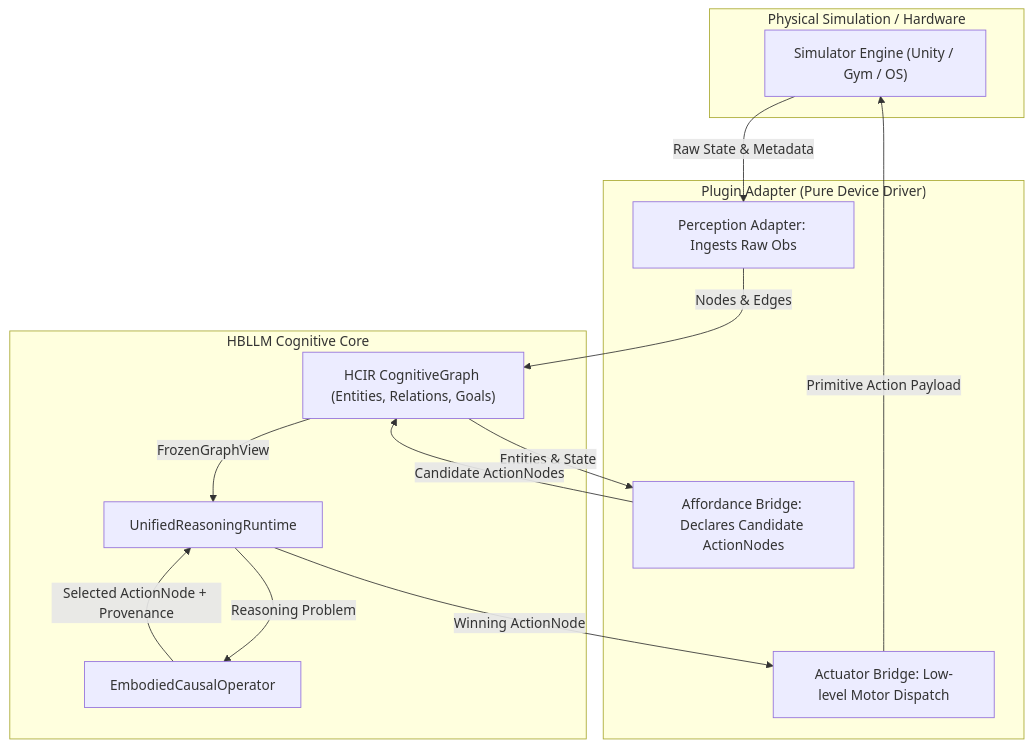
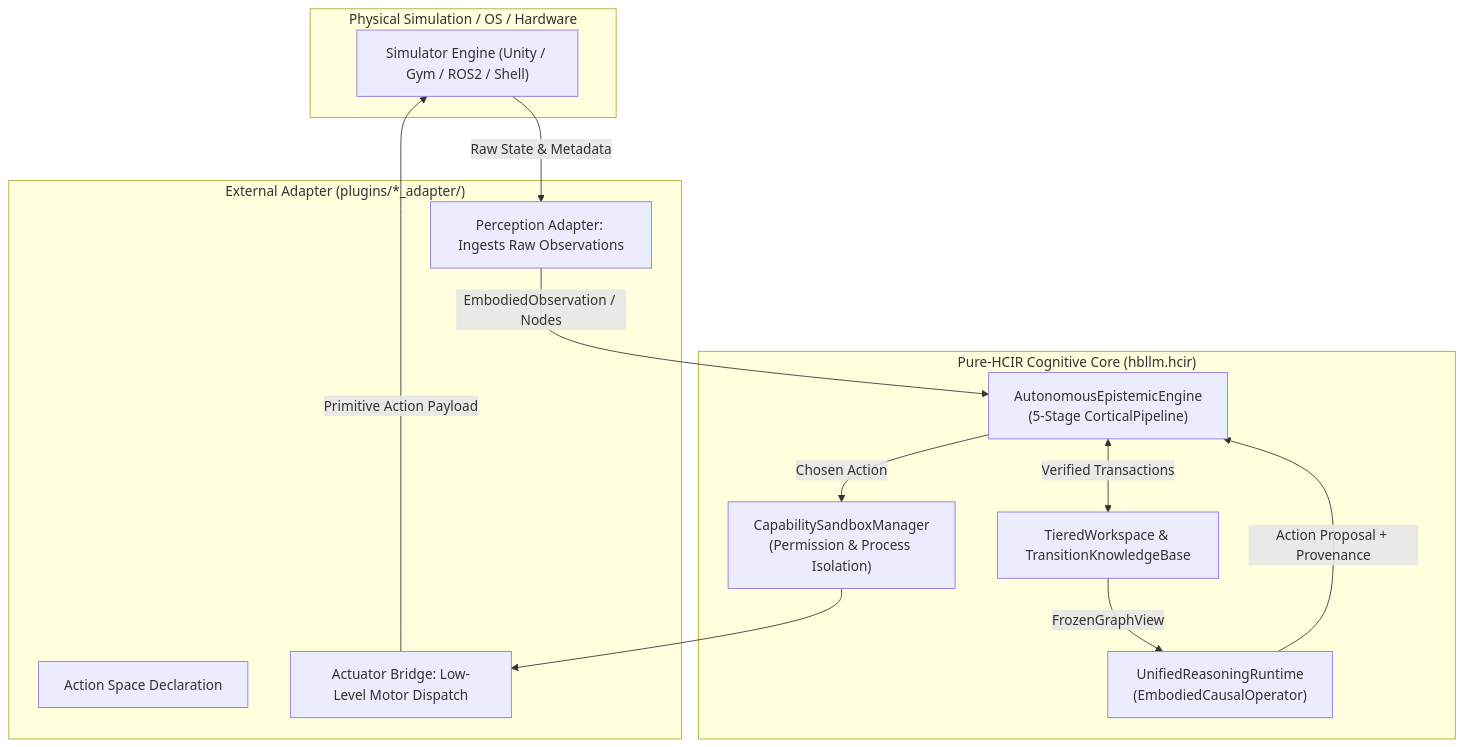
Before and after one commit to HBLLM/hbllm-core: the diagram in docs/architecture/embodiment.md, drawn with Mermaid. The commit also changed other lines of this file and 76 other files, not shown here.

Commit message:
docs: update documentation for Pure-HCIR Cognitive OS and remove obsolete legacy docs

````diff
--- a/docs/architecture/embodiment.md
+++ b/docs/architecture/embodiment.md
@@ -69,28 +10,27 @@
 ```mermaid
 graph TD
-    subgraph Environment ["Physical Simulation / Hardware"]
-        Sim["Simulator Engine (Unity / Gym / OS)"]
+    subgraph Environment["Physical Simulation / OS / Hardware"]
+        Sim["Simulator Engine (Unity / Gym / ROS2 / Shell)"]
     end
 
-    subgraph Driver ["Plugin Adapter (Pure Device Driver)"]
-        Sensors["Perception Adapter: Ingests Raw Obs"]
-        AffordanceGen["Affordance Bridge: Declares Candidate ActionNodes"]
-        ActuatorBridge["Actuator Bridge: Low-level Motor Dispatch"]
+    subgraph Driver["External Adapter (plugins/*_adapter/)"]
+        Sensors["Perception Adapter: Ingests Raw Observations"]
+        AffordanceGen["Action Space Declaration"]
+        ActuatorBridge["Actuator Bridge: Low-Level Motor Dispatch"]
     end
 
-    subgraph Brain ["HBLLM Cognitive Core"]
-        Graph["HCIR CognitiveGraph (Entities, Relations, Goals)"]
-        URR["UnifiedReasoningRuntime"]
-        Operator["EmbodiedCausalOperator"]
+    subgraph Brain["Pure-HCIR Cognitive Core (hbllm.hcir)"]
+        Graph["TieredWorkspace &amp; TransitionKnowledgeBase"]
+        AEE["AutonomousEpistemicEngine<br/>(5-Stage CorticalPipeline)"]
+        URR["UnifiedReasoningRuntime<br/>(EmbodiedCausalOperator)"]
+        Sandbox["CapabilitySandboxManager<br/>(Permission &amp; Process Isolation)"]
     end
 
-    Sim -->|Raw State & Metadata| Sensors
-    Sensors -->|Nodes & Edges| Graph
-    Graph -->|Entities & State| AffordanceGen
-    AffordanceGen -->|Candidate ActionNodes| Graph
+    Sim -->|Raw State &amp; Metadata| Sensors
+    Sensors -->|EmbodiedObservation / Nodes| AEE
+    AEE <-->|Verified Transactions| Graph
     Graph -->|FrozenGraphView| URR
-    URR -->|Reasoning Problem| Operator
-    Operator -->|Selected ActionNode + Provenance| URR
-    URR -->|Winning ActionNode| ActuatorBridge
+    URR -->|Action Proposal + Provenance| AEE
+    AEE -->|Chosen Action| Sandbox --> ActuatorBridge
     ActuatorBridge -->|Primitive Action Payload| Sim
 ```
````
